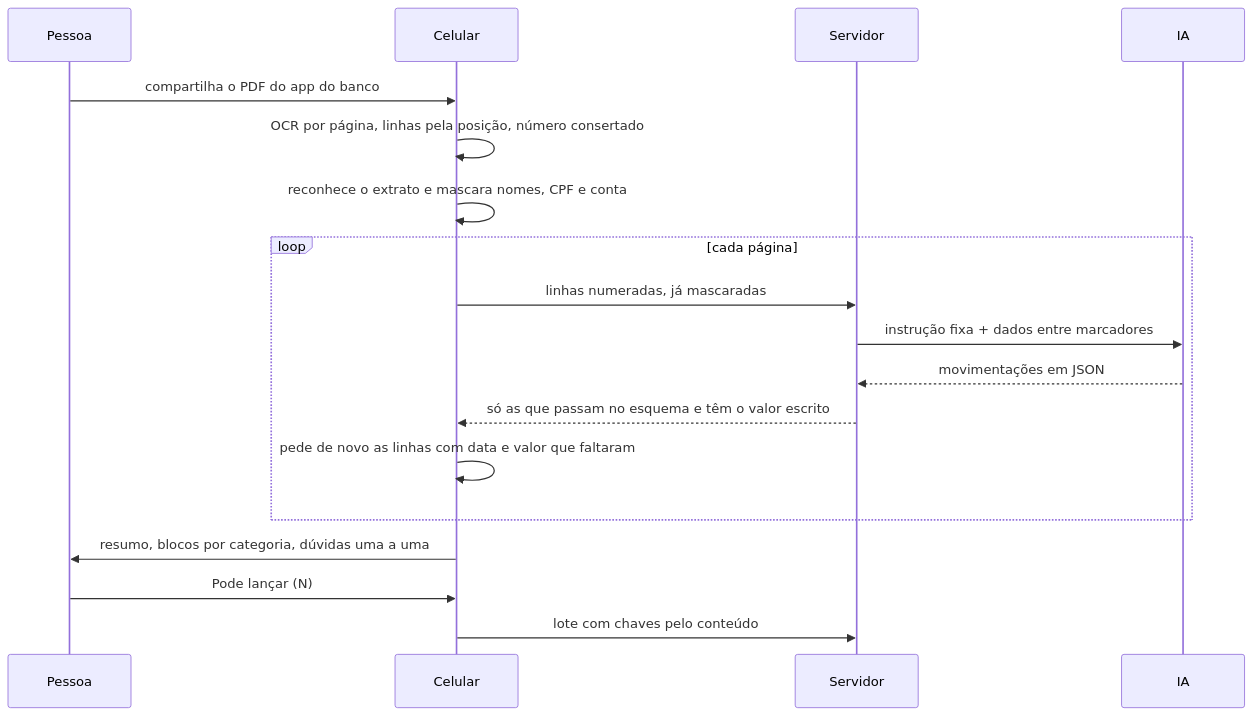
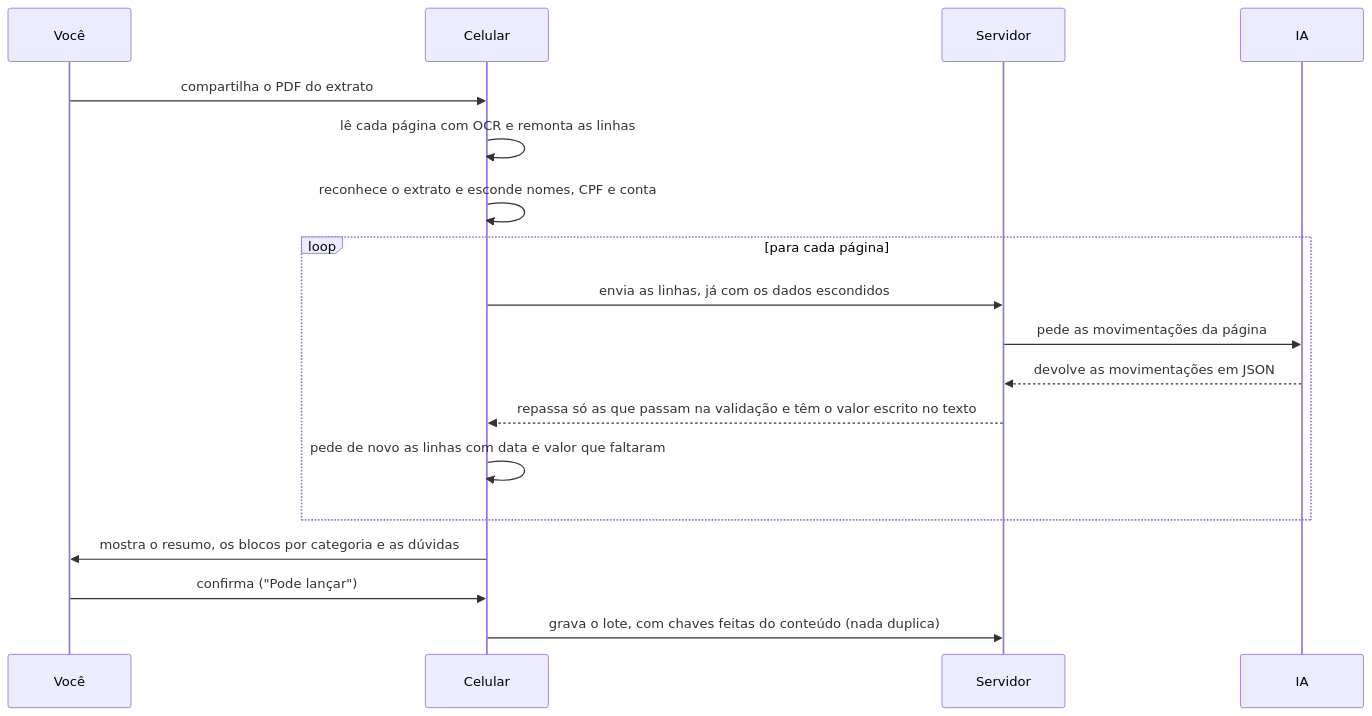
The second of 2 diagrams in README.md (Marcos-Codfy/finance-cajui), drawn with Mermaid before and after one commit. The commit also changed other lines of this file and 1 other file, not shown here.

Commit message:
docs(readme): plainer wording, clearer statement flow, and no jargon

````diff
--- a/README.md
+++ b/README.md
@@ -174,20 +168,20 @@
 ```mermaid
 sequenceDiagram
-  participant P as Pessoa
+  participant V as Você
   participant C as Celular
   participant S as Servidor
   participant I as IA
-  P->>C: compartilha o PDF do app do banco
-  C->>C: OCR por página, linhas pela posição, número consertado
-  C->>C: reconhece o extrato e mascara nomes, CPF e conta
-  loop cada página
-    C->>S: linhas numeradas, já mascaradas
-    S->>I: instrução fixa + dados entre marcadores
-    I-->>S: movimentações em JSON
-    S-->>C: só as que passam no esquema e têm o valor escrito
+  V->>C: compartilha o PDF do extrato
+  C->>C: lê cada página com OCR e remonta as linhas
+  C->>C: reconhece o extrato e esconde nomes, CPF e conta
+  loop para cada página
+    C->>S: envia as linhas, já com os dados escondidos
+    S->>I: pede as movimentações da página
+    I-->>S: devolve as movimentações em JSON
+    S-->>C: repassa só as que passam na validação e têm o valor escrito no texto
     C->>C: pede de novo as linhas com data e valor que faltaram
   end
-  C->>P: resumo, blocos por categoria, dúvidas uma a uma
-  P->>C: Pode lançar (N)
-  C->>S: lote com chaves pelo conteúdo
+  C->>V: mostra o resumo, os blocos por categoria e as dúvidas
+  V->>C: confirma ("Pode lançar")
+  C->>S: grava o lote, com chaves feitas do conteúdo (nada duplica)
 ```
````
